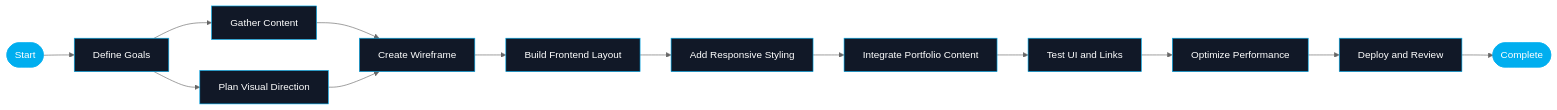
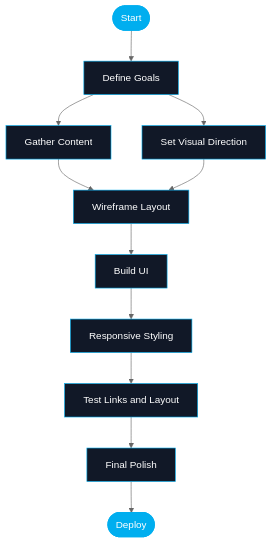
Before and after one commit to RedjanVisitacion/RedjanVisitacion: the diagram in README.md, drawn with Mermaid (neutral theme). The commit also changed other lines of this file, not shown here.

Commit message:
Improve README chart readability

````diff
--- a/README.md
+++ b/README.md
@@ -183,20 +194,18 @@
 ```mermaid
-flowchart LR
+flowchart TB
     A([Start]) --> B[Define Goals]
     B --> C[Gather Content]
-    B --> D[Plan Visual Direction]
-    C --> E[Create Wireframe]
+    B --> D[Set Visual Direction]
+    C --> E[Wireframe Layout]
     D --> E
-    E --> F[Build Frontend Layout]
-    F --> G[Add Responsive Styling]
-    G --> H[Integrate Portfolio Content]
-    H --> I[Test UI and Links]
-    I --> J[Optimize Performance]
-    J --> K[Deploy and Review]
-    K --> L([Complete])
+    E --> F[Build UI]
+    F --> G[Responsive Styling]
+    G --> H[Test Links and Layout]
+    H --> I[Final Polish]
+    I --> J([Deploy])
 
-    classDef startEnd fill:#00AEEF,color:#ffffff,stroke:#00AEEF;
-    classDef task fill:#111827,color:#ffffff,stroke:#00AEEF;
-    class A,L startEnd;
-    class B,C,D,E,F,G,H,I,J,K task;
+    classDef main fill:#00AEEF,color:#ffffff,stroke:#00AEEF,stroke-width:2px;
+    classDef task fill:#111827,color:#ffffff,stroke:#00AEEF,stroke-width:1px;
+    class A,J main;
+    class B,C,D,E,F,G,H,I task;
 ```
````
